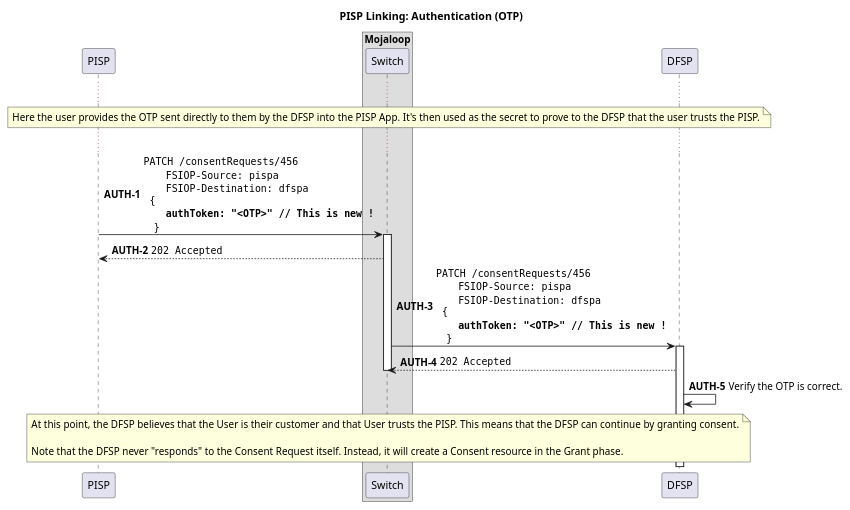
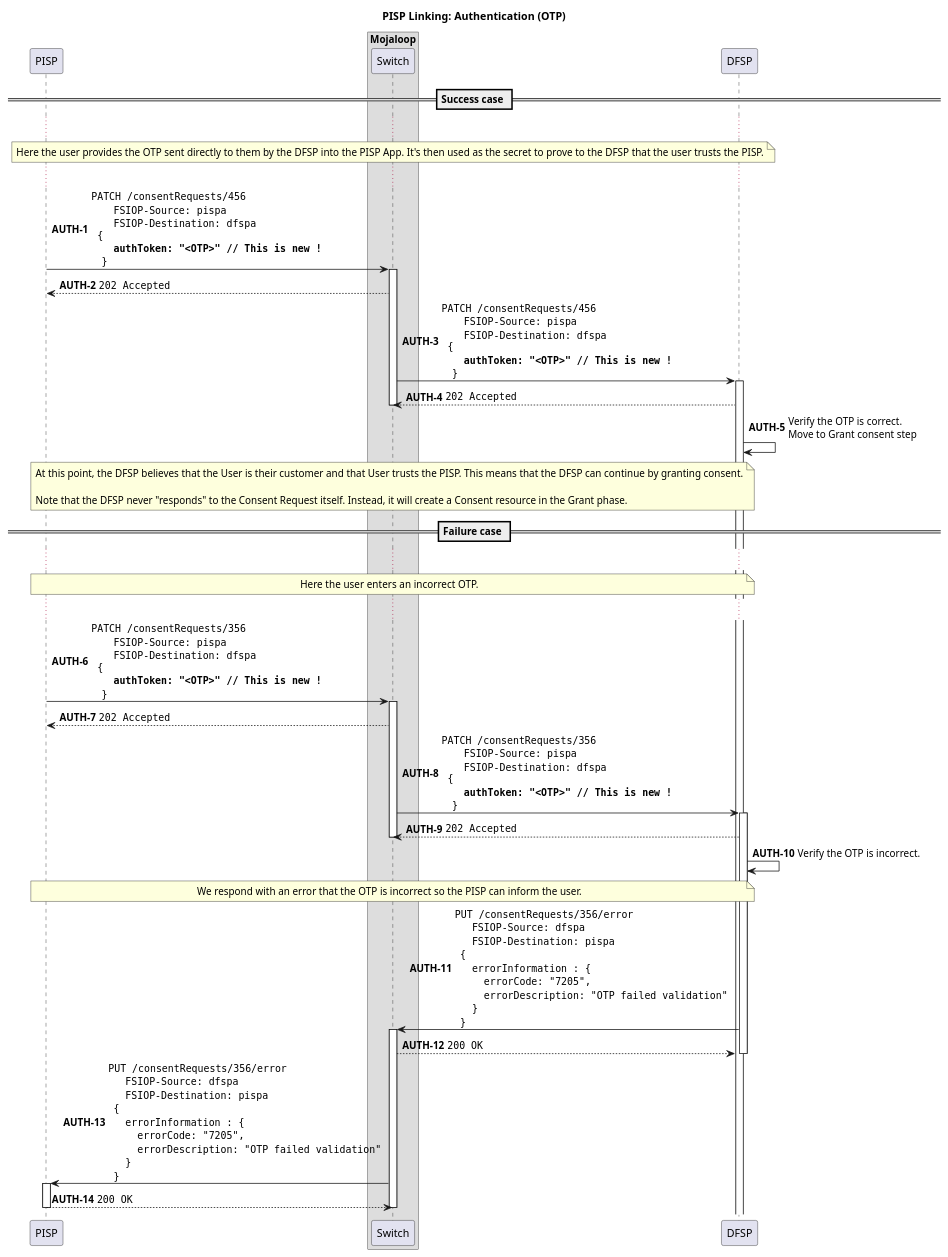
Before and after one commit to mojaloop/pisp-project: the diagram in docs/linking/3-authentication-otp.puml, drawn with PlantUML. The commit also changed 3 other files, not shown here.

Commit message:
doc: update authentication and grant consent diagram

```diff
--- a/docs/linking/3-authentication-otp.puml
+++ b/docs/linking/3-authentication-otp.puml
@@ -1,49 +1,110 @@
 @startuml
 
 title PISP Linking: Authentication (OTP)
 
 participant "PISP" as PISP
 
 box "Mojaloop"
     participant Switch
 end box
 
 participant "DFSP" as DFSP
 
 autonumber 1 "<b>AUTH-#</b>"
+
+== Success case ==
 
 ...
 
 note over PISP, DFSP
   Here the user provides the OTP sent directly to them by the DFSP into the PISP App. It's then used as the secret to prove to the DFSP that the user trusts the PISP.
 end note
 
 ...
 
 PISP -> Switch ++: ""PATCH /consentRequests/456""\n\
     ""  FSIOP-Source: pispa""\n\
     ""  FSIOP-Destination: dfspa""\n\
 "" {""\n\
     ""  **authToken: "<OTP>" // This is new !**""\n\
     ""}""
 Switch --> PISP: ""202 Accepted""
 deactivate PISP
 
 Switch -> DFSP ++: ""PATCH /consentRequests/456""\n\
     ""  FSIOP-Source: pispa""\n\
     ""  FSIOP-Destination: dfspa""\n\
 "" {""\n\
     ""  **authToken: "<OTP>" // This is new !**""\n\
     ""}""
 DFSP --> Switch: ""202 Accepted""
 deactivate Switch
 
-DFSP -> DFSP: Verify the OTP is correct.
+DFSP -> DFSP: Verify the OTP is correct.\nMove to Grant consent step
 
 note over PISP, DFSP
   At this point, the DFSP believes that the User is their customer and that User trusts the PISP. This means that the DFSP can continue by granting consent.
 
   Note that the DFSP never "responds" to the Consent Request itself. Instead, it will create a Consent resource in the Grant phase.
 end note
 
+== Failure case ==
+
+...
+
+note over PISP, DFSP
+  Here the user enters an incorrect OTP.
+end note
+
+...
+
+PISP -> Switch ++: ""PATCH /consentRequests/356""\n\
+    ""  FSIOP-Source: pispa""\n\
+    ""  FSIOP-Destination: dfspa""\n\
+"" {""\n\
+    ""  **authToken: "<OTP>" // This is new !**""\n\
+    ""}""
+Switch --> PISP: ""202 Accepted""
+deactivate PISP
+
+Switch -> DFSP ++: ""PATCH /consentRequests/356""\n\
+    ""  FSIOP-Source: pispa""\n\
+    ""  FSIOP-Destination: dfspa""\n\
+"" {""\n\
+    ""  **authToken: "<OTP>" // This is new !**""\n\
+    ""}""
+DFSP --> Switch: ""202 Accepted""
+deactivate Switch
+
+DFSP -> DFSP: Verify the OTP is incorrect.
+
+note over PISP, DFSP
+  We respond with an error that the OTP is incorrect so the PISP can inform the user.
+end note
+
+DFSP -> Switch ++: ""PUT /consentRequests/356/error""\n\
+  ""  FSIOP-Source: dfspa""\n\
+  ""  FSIOP-Destination: pispa""\n\
+  ""{""\n\
+  ""  errorInformation : { ""\n\
+  ""    errorCode: "7205", ""\n\
+  ""    errorDescription: "OTP failed validation" ""\n\
+  ""  } ""\n\
+  ""}""
+Switch --> DFSP: ""200 OK""
+deactivate DFSP
+
+Switch -> PISP ++: ""PUT /consentRequests/356/error""\n\
+  ""  FSIOP-Source: dfspa""\n\
+  ""  FSIOP-Destination: pispa""\n\
+  ""{""\n\
+  ""  errorInformation : { ""\n\
+  ""    errorCode: "7205", ""\n\
+  ""    errorDescription: "OTP failed validation" ""\n\
+  ""  } ""\n\
+  ""}""
+PISP --> Switch: ""200 OK""
+deactivate Switch
+deactivate PISP
+
 @enduml
```
